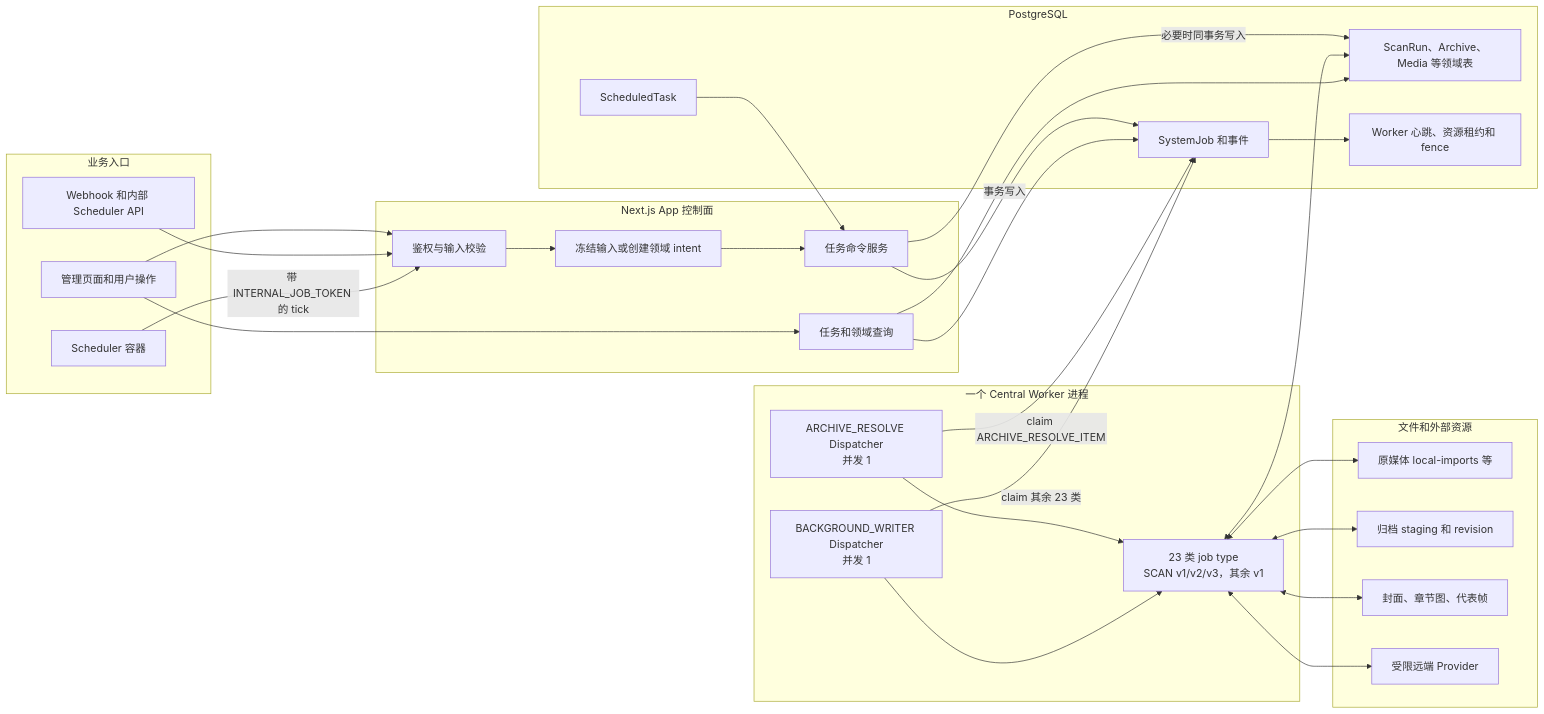
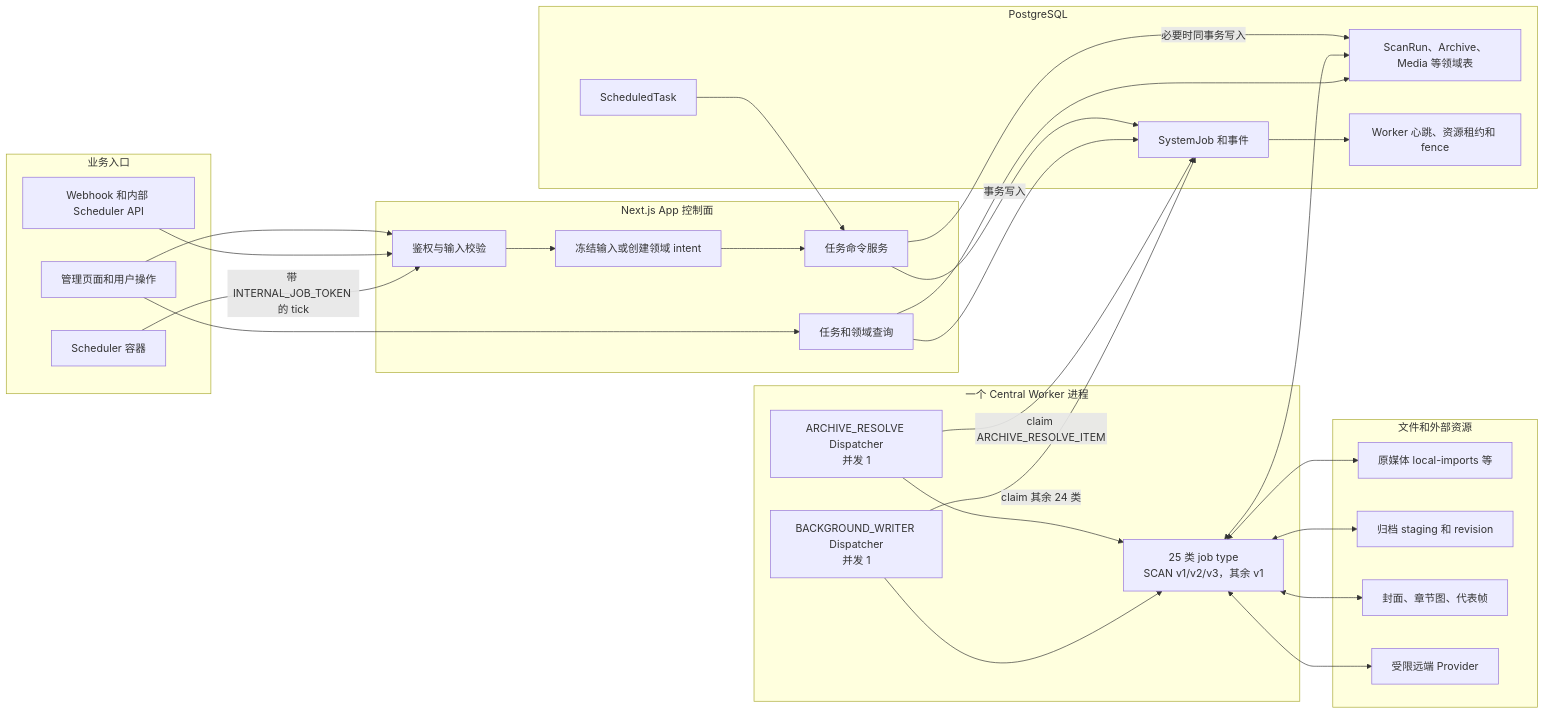
Before and after one commit to namehu/PixiShelf: the first of 12 diagrams in docs/architecture/background-job-business-flows.md, drawn with Mermaid. The commit also changed other lines of this file and 56 other files, not shown here.

````diff
--- a/docs/architecture/background-job-business-flows.md
+++ b/docs/architecture/background-job-business-flows.md
@@ -50,56 +50,56 @@
 ```mermaid
 flowchart LR
   subgraph Entry[业务入口]
     UI[管理页面和用户操作]
     API[Webhook 和内部 Scheduler API]
     SCH[Scheduler 容器]
   end
 
   subgraph App[Next.js App 控制面]
     AUTH[鉴权与输入校验]
     SNAP[冻结输入或创建领域 intent]
     CMD[任务命令服务]
     READ[任务和领域查询]
   end
 
   subgraph DB[PostgreSQL]
     TASK[ScheduledTask]
     JOB[SystemJob 和事件]
     DOMAIN[ScanRun、Archive、Media 等领域表]
     LEASE[Worker 心跳、资源租约和 fence]
   end
 
   subgraph Worker[一个 Central Worker 进程]
     RESOLVE[ARCHIVE_RESOLVE Dispatcher\n并发 1]
     WRITER[BACKGROUND_WRITER Dispatcher\n并发 1]
-    EXEC[23 类 job type\nSCAN v1/v2/v3，其余 v1]
+    EXEC[25 类 job type\nSCAN v1/v2/v3，其余 v1]
   end
 
   subgraph Storage[文件和外部资源]
     SOURCE[原媒体 local-imports 等]
     ARCHIVE[归档 staging 和 revision]
     DERIVED[封面、章节图、代表帧]
     REMOTE[受限远端 Provider]
   end
 
   UI --> AUTH
   API --> AUTH
   SCH -->|带 INTERNAL_JOB_TOKEN 的 tick| AUTH
   AUTH --> SNAP --> CMD
   TASK --> CMD
   CMD -->|事务写入| JOB
   CMD -->|必要时同事务写入| DOMAIN
   RESOLVE -->|claim ARCHIVE_RESOLVE_ITEM| JOB
-  WRITER -->|claim 其余 23 类| JOB
+  WRITER -->|claim 其余 24 类| JOB
   JOB --> LEASE
   RESOLVE --> EXEC
   WRITER --> EXEC
   EXEC <--> DOMAIN
   EXEC <--> SOURCE
   EXEC <--> ARCHIVE
   EXEC <--> DERIVED
   EXEC <--> REMOTE
   READ --> JOB
   READ --> DOMAIN
   UI --> READ
 ```
````
